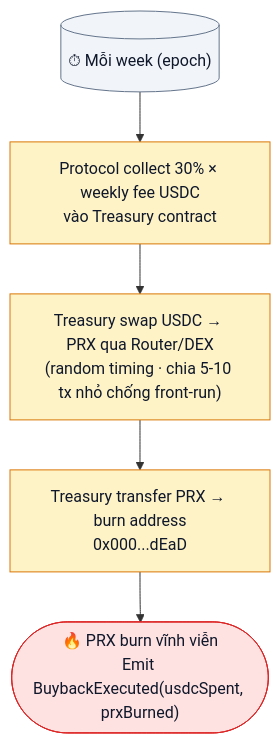
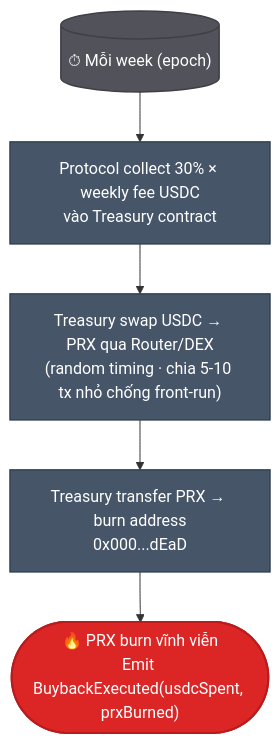
The first of 3 diagrams in vi_v6/kinh-te/buyback-burn.md (PrediX-Protocol/predix-docs), drawn with Mermaid before and after one commit. The commit also changed other lines of this file and 32 other files, not shown here.

First line of the commit message:
docs(vi_v6): redesign Mermaid theme — solid mid-tone palette + dark theme

````diff
--- a/vi_v6/kinh-te/buyback-burn.md
+++ b/vi_v6/kinh-te/buyback-burn.md
@@ -7,15 +7,15 @@
 ```mermaid
 flowchart TD
     Start[("⏱ Mỗi week (epoch)")]
     Start --> S1["Protocol collect 30% × weekly fee USDC<br/>vào Treasury contract"]
     S1 --> S2["Treasury swap USDC → PRX qua Router/DEX<br/>(random timing · chia 5-10 tx nhỏ chống front-run)"]
     S2 --> S3["Treasury transfer PRX → burn address<br/>0x000...dEaD"]
     S3 --> End(["🔥 PRX burn vĩnh viễn<br/>Emit BuybackExecuted(usdcSpent, prxBurned)"])
 
-    classDef tick fill:#f1f5f9,stroke:#64748b,color:#0f172a
-    classDef step fill:#fef3c7,stroke:#d97706,color:#0f172a
-    classDef burn fill:#fee2e2,stroke:#dc2626,color:#0f172a
+    classDef tick fill:#52525b,stroke:#3f3f46,color:#fff,stroke-width:1.5px
+    classDef step fill:#475569,stroke:#334155,color:#fff,stroke-width:1.5px
+    classDef burn fill:#dc2626,stroke:#b91c1c,color:#fff,stroke-width:2px
     class Start tick
     class S1,S2,S3 step
     class End burn
 ```
````
